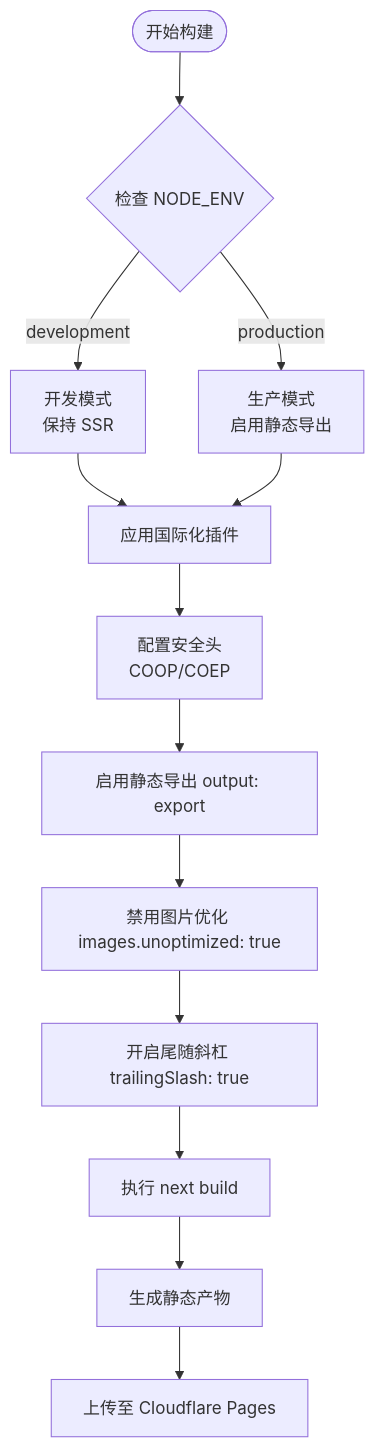
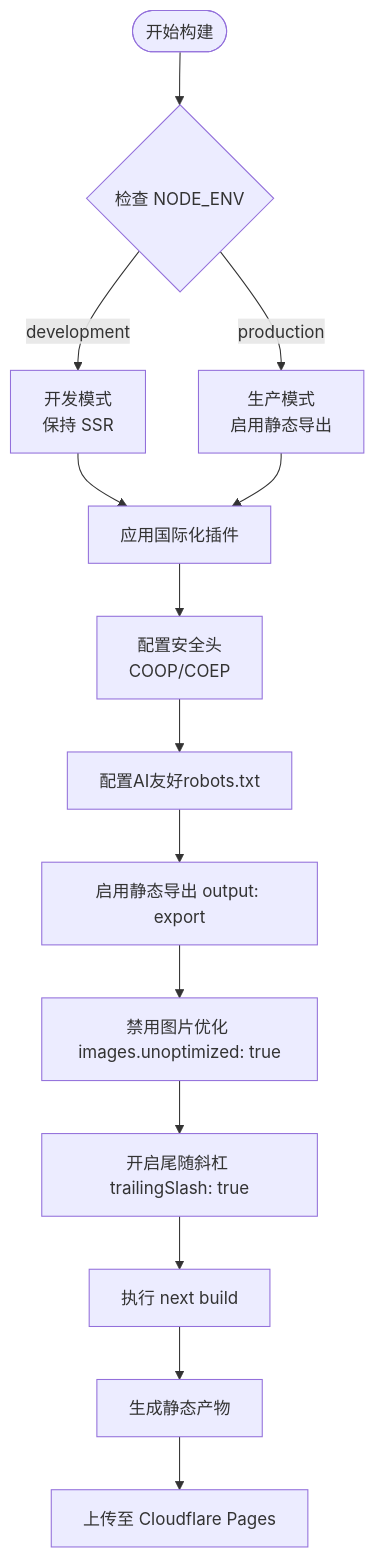
Before and after one commit to sgyy/privadeck: the third of 9 diagrams in .qoder/repowiki/zh/content/部署与维护.md, drawn with Mermaid. The commit also changed other lines of this file and 4 other files, not shown here.

````diff
--- a/.qoder/repowiki/zh/content/部署与维护.md
+++ b/.qoder/repowiki/zh/content/部署与维护.md
@@ -145,15 +156,16 @@
 ```mermaid
 flowchart TD
 Start(["开始构建"]) --> EnvCheck{"检查 NODE_ENV"}
 EnvCheck --> |development| DevMode["开发模式<br/>保持 SSR"]
 EnvCheck --> |production| ProdMode["生产模式<br/>启用静态导出"]
 DevMode --> Intl["应用国际化插件"]
 ProdMode --> Intl
 Intl --> Headers["配置安全头<br/>COOP/COEP"]
-Headers --> Export["启用静态导出 output: export"]
+Headers --> Robots["配置AI友好robots.txt"]
+Robots --> Export["启用静态导出 output: export"]
 Export --> Images["禁用图片优化 images.unoptimized: true"]
 Images --> Trailing["开启尾随斜杠 trailingSlash: true"]
 Trailing --> Build["执行 next build"]
 Build --> Out["生成静态产物"]
 Out --> Deploy["上传至 Cloudflare Pages"]
 ```
````
